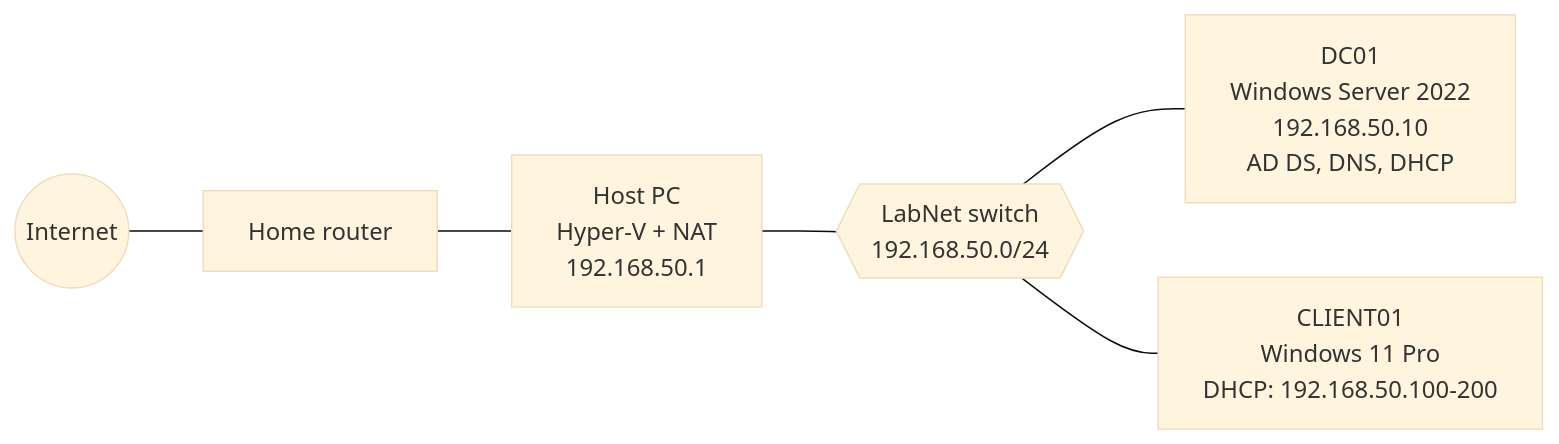
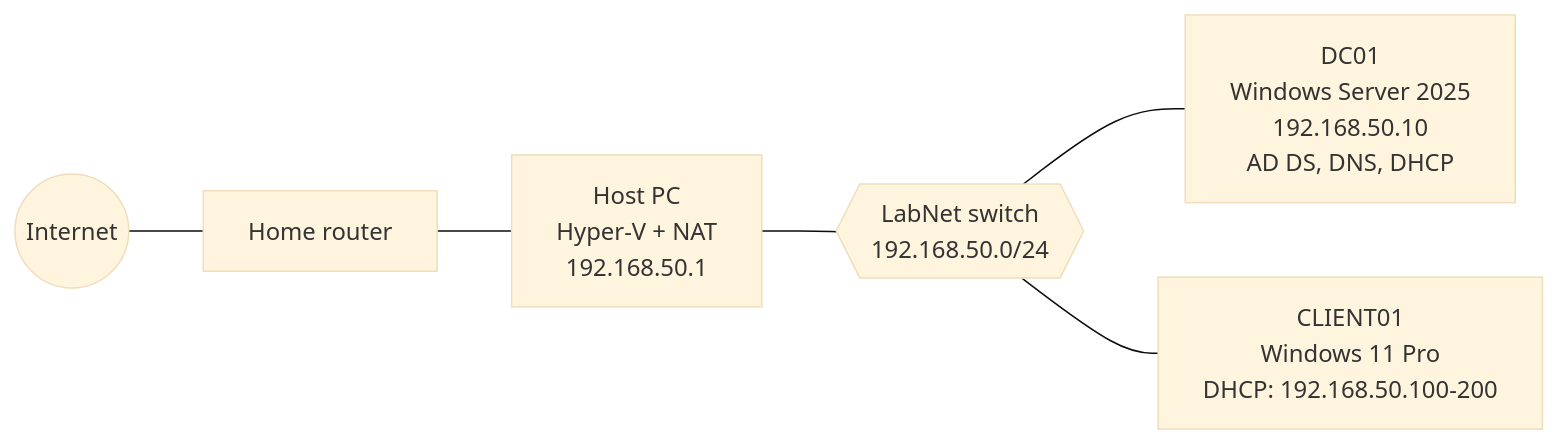
One commit to Rasmusha/active-directory-homelab changed the diagram in README.md. Above: the diagram before and after it, drawn with Mermaid (base theme). The commit also changed other lines of this file, not shown here.

````diff
--- a/README.md
+++ b/README.md
@@ -51,8 +20,8 @@
 ```mermaid
 flowchart LR
     Net((Internet)) --- Router[Home router]
     Router --- Host["Host PC<br/>Hyper-V + NAT<br/>192.168.50.1"]
     Host --- Lab{{"LabNet switch<br/>192.168.50.0/24"}}
-    Lab --- DC01["DC01<br/>Windows Server 2022<br/>192.168.50.10<br/>AD DS, DNS, DHCP"]
+    Lab --- DC01["DC01<br/>Windows Server 2025<br/>192.168.50.10<br/>AD DS, DNS, DHCP"]
     Lab --- CLIENT01["CLIENT01<br/>Windows 11 Pro<br/>DHCP: 192.168.50.100-200"]
 ```
````
